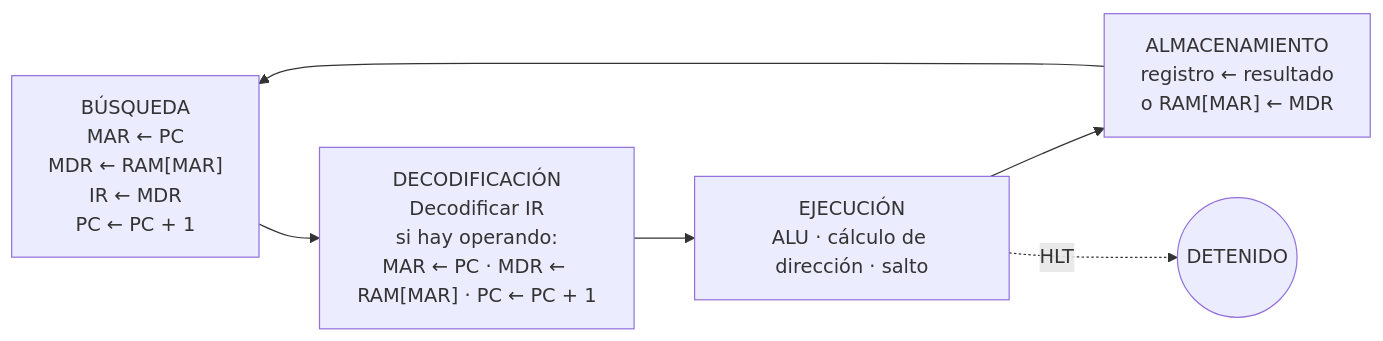
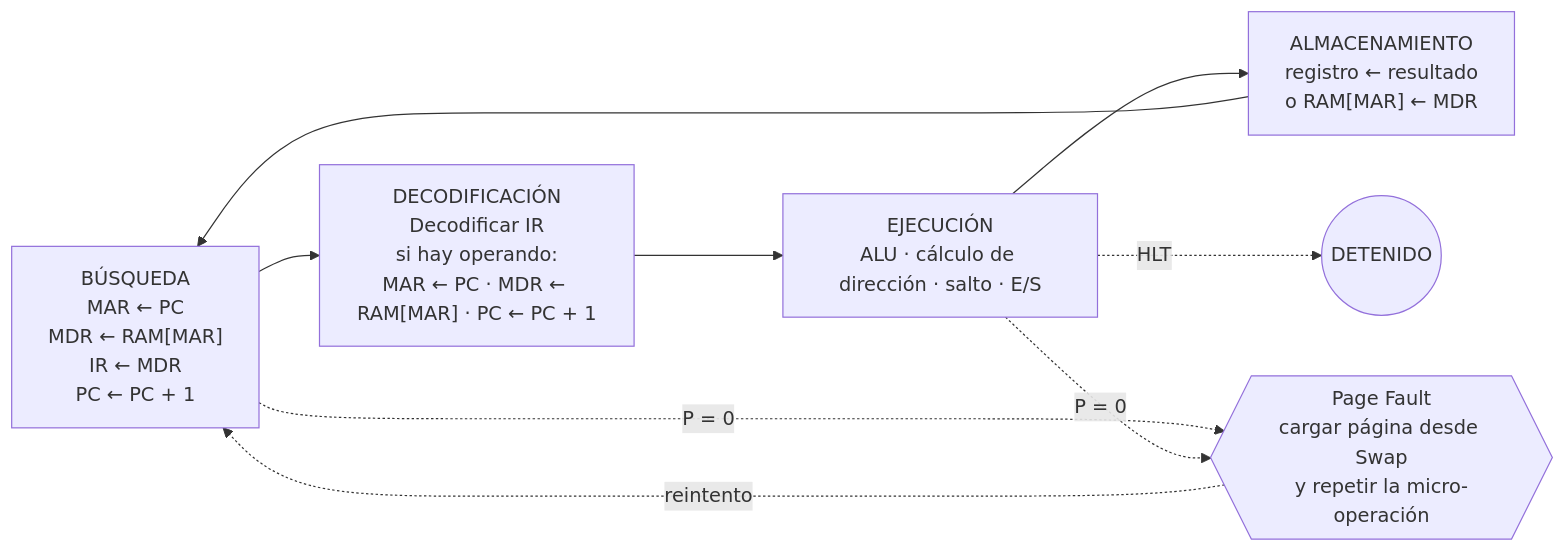
One commit to Dieg0-andrade/Arquitectura-Computadoras-Parcial-2 changed the second of 3 diagrams in README.md. Above: the diagram before and after it, drawn with Mermaid. The commit also changed other lines of this file, not shown here.

````diff
--- a/README.md
+++ b/README.md
@@ -147,9 +169,13 @@
 ```mermaid
 flowchart LR
     B["BÚSQUEDA<br/>MAR ← PC<br/>MDR ← RAM[MAR]<br/>IR ← MDR<br/>PC ← PC + 1"]
     D["DECODIFICACIÓN<br/>Decodificar IR<br/>si hay operando:<br/>MAR ← PC · MDR ← RAM[MAR] · PC ← PC + 1"]
-    E["EJECUCIÓN<br/>ALU · cálculo de dirección · salto"]
+    E["EJECUCIÓN<br/>ALU · cálculo de dirección · salto · E/S"]
     A["ALMACENAMIENTO<br/>registro ← resultado<br/>o RAM[MAR] ← MDR"]
+    PF{{"Page Fault<br/>cargar página desde Swap<br/>y repetir la micro-operación"}}
     B --> D --> E --> A --> B
     E -. HLT .-> H(("DETENIDO"))
+    B -. P = 0 .-> PF
+    E -. P = 0 .-> PF
+    PF -. reintento .-> B
 ```
````
